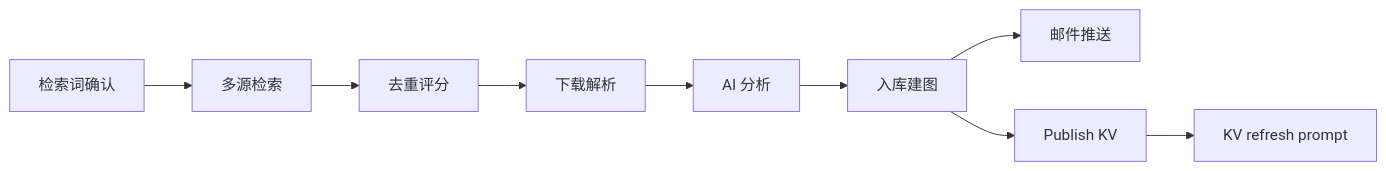
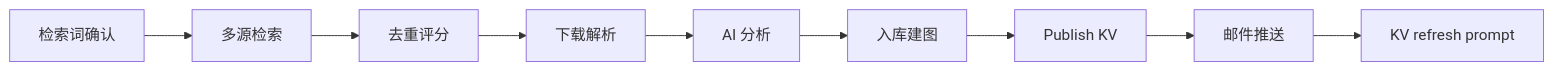
One commit to haoyanzhen/ResearchPaperBase changed the third of 5 diagrams in docs/design/03_ui_workspace.md. Above: the diagram before and after it, drawn with Mermaid. The commit also changed other lines of this file, not shown here.

````diff
--- a/docs/design/03_ui_workspace.md
+++ b/docs/design/03_ui_workspace.md
@@ -995,11 +793,11 @@
 ```mermaid
 flowchart LR
   A["检索词确认"] --> B["多源检索"]
   B --> C["去重评分"]
   C --> D["下载解析"]
   D --> E["AI 分析"]
   E --> F["入库建图"]
-  F --> G["邮件推送"]
-  F --> H["Publish KV"]
+  F --> G["Publish KV"]
+  G --> H["邮件推送"]
   H --> I["KV refresh prompt"]
 ```
````
